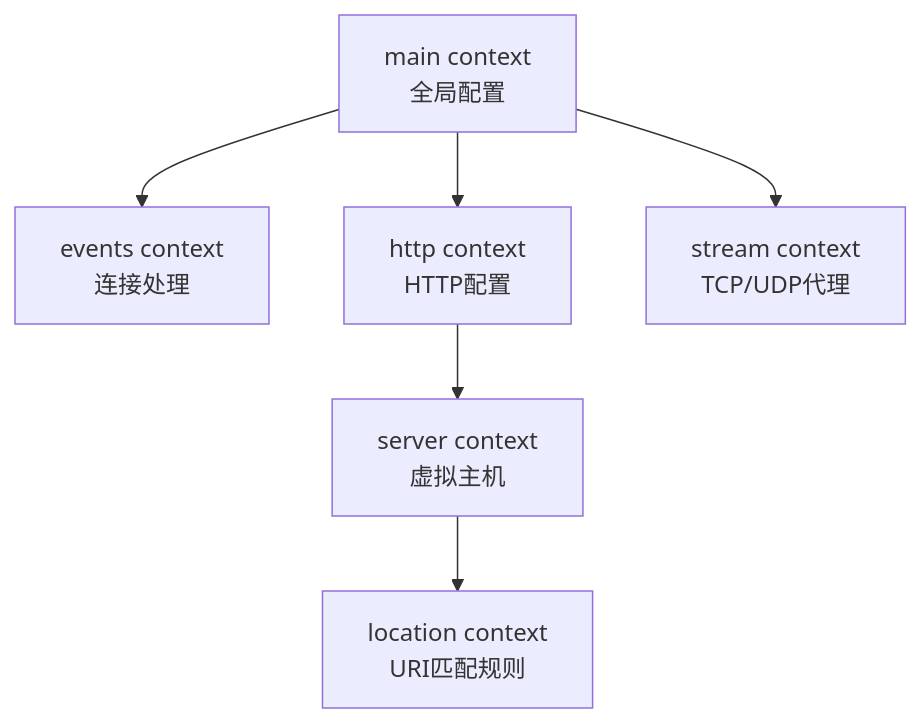
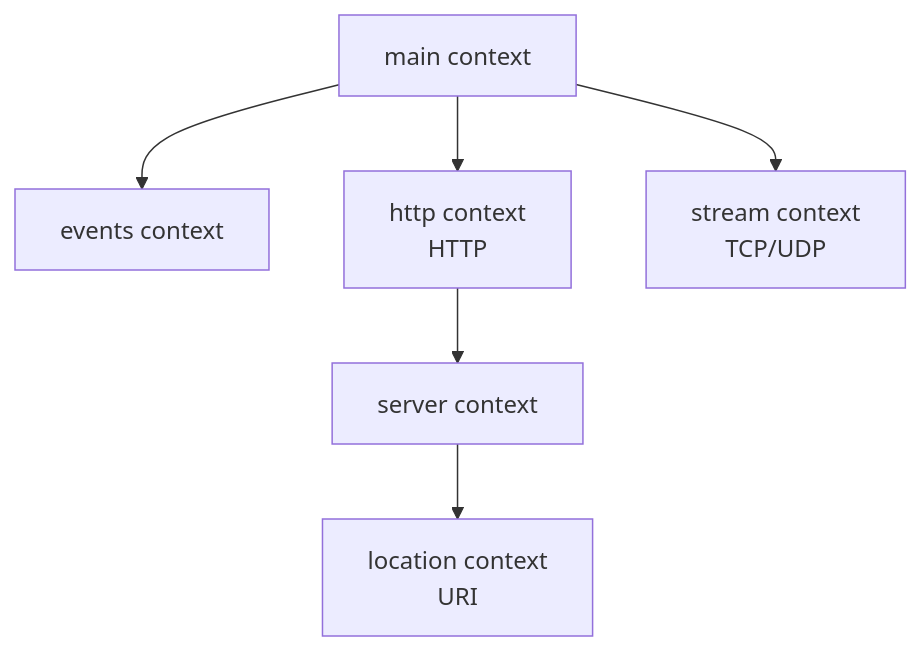
One commit to Weuqiang/weuqiangcreate_website changed the diagram in docs/docs/后端通识/Nginx.mdx. Above: the diagram before and after it, drawn with Mermaid. The commit also changed other lines of this file and 517 other files, not shown here.

````diff
--- a/docs/docs/后端通识/Nginx.mdx
+++ b/docs/docs/后端通识/Nginx.mdx
@@ -130,8 +130,8 @@
 ```mermaid
 graph TD
-    A[main context<br/>全局配置] --> B[events context<br/>连接处理]
-    A --> C[http context<br/>HTTP配置]
-    C --> D[server context<br/>虚拟主机]
-    D --> E[location context<br/>URI匹配规则]
-    A --> F[stream context<br/>TCP/UDP代理]
+    A[main context<br/>] --> B[events context<br/>]
+    A --> C[http context<br/>HTTP]
+    C --> D[server context<br/>]
+    D --> E[location context<br/>URI]
+    A --> F[stream context<br/>TCP/UDP]
 ```
````
